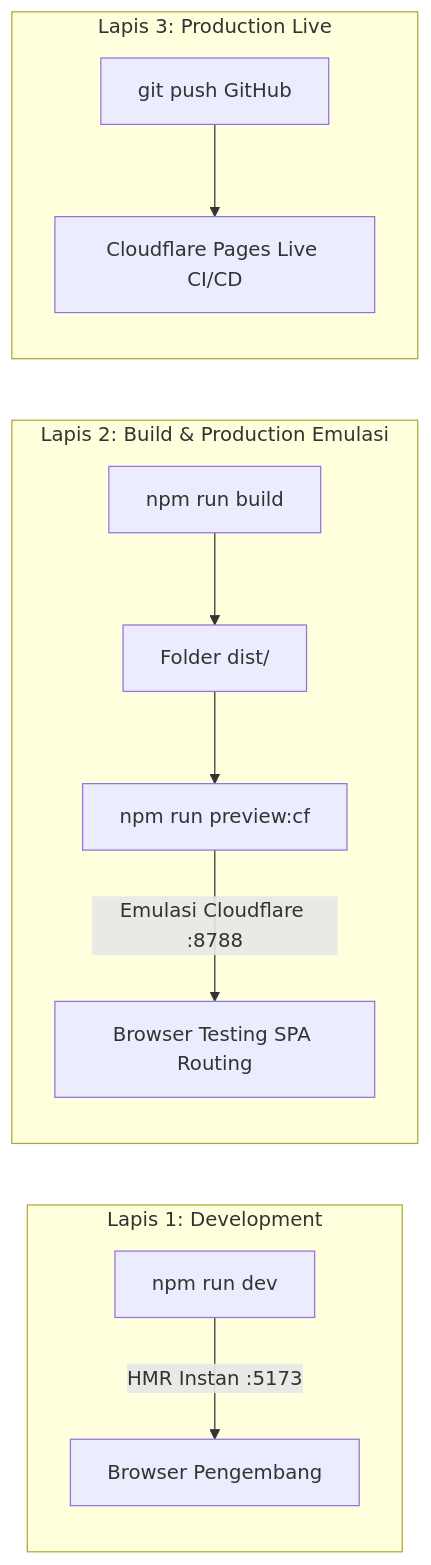
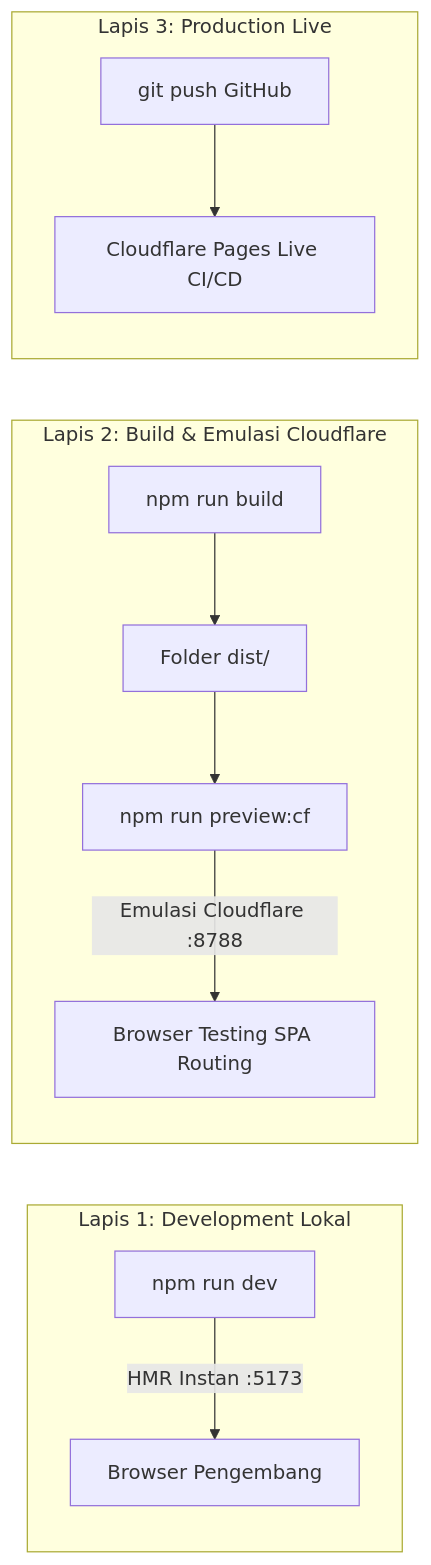
The diagram in DEV_PLAN.md (ringonoerj/gmq-new-portal), drawn with Mermaid before and after one commit. The commit also changed other lines of this file and 14 other files, not shown here.

````diff
--- a/DEV_PLAN.md
+++ b/DEV_PLAN.md
@@ -12,14 +17,14 @@
 ```mermaid
 graph LR
-    subgraph Lapis 1: Development
+    subgraph Lapis 1: Development Lokal
         Dev[npm run dev] -->|HMR Instan :5173| Browser1[Browser Pengembang]
     end
-    subgraph Lapis 2: Build & Production Emulasi
+    subgraph Lapis 2: Build & Emulasi Cloudflare
         Build[npm run build] --> Dist[Folder dist/]
         Dist --> Wrangler[npm run preview:cf]
         Wrangler -->|Emulasi Cloudflare :8788| Browser2[Browser Testing SPA Routing]
     end
     subgraph Lapis 3: Production Live
         GitPush[git push GitHub] --> CF[Cloudflare Pages Live CI/CD]
     end
 ```
````
